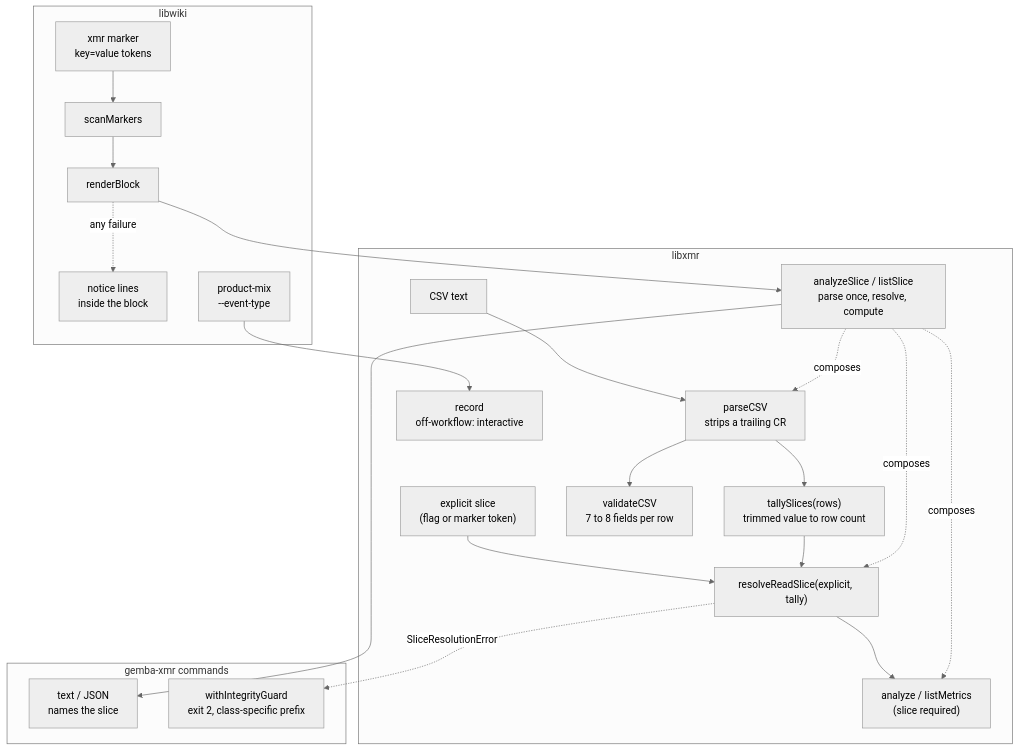
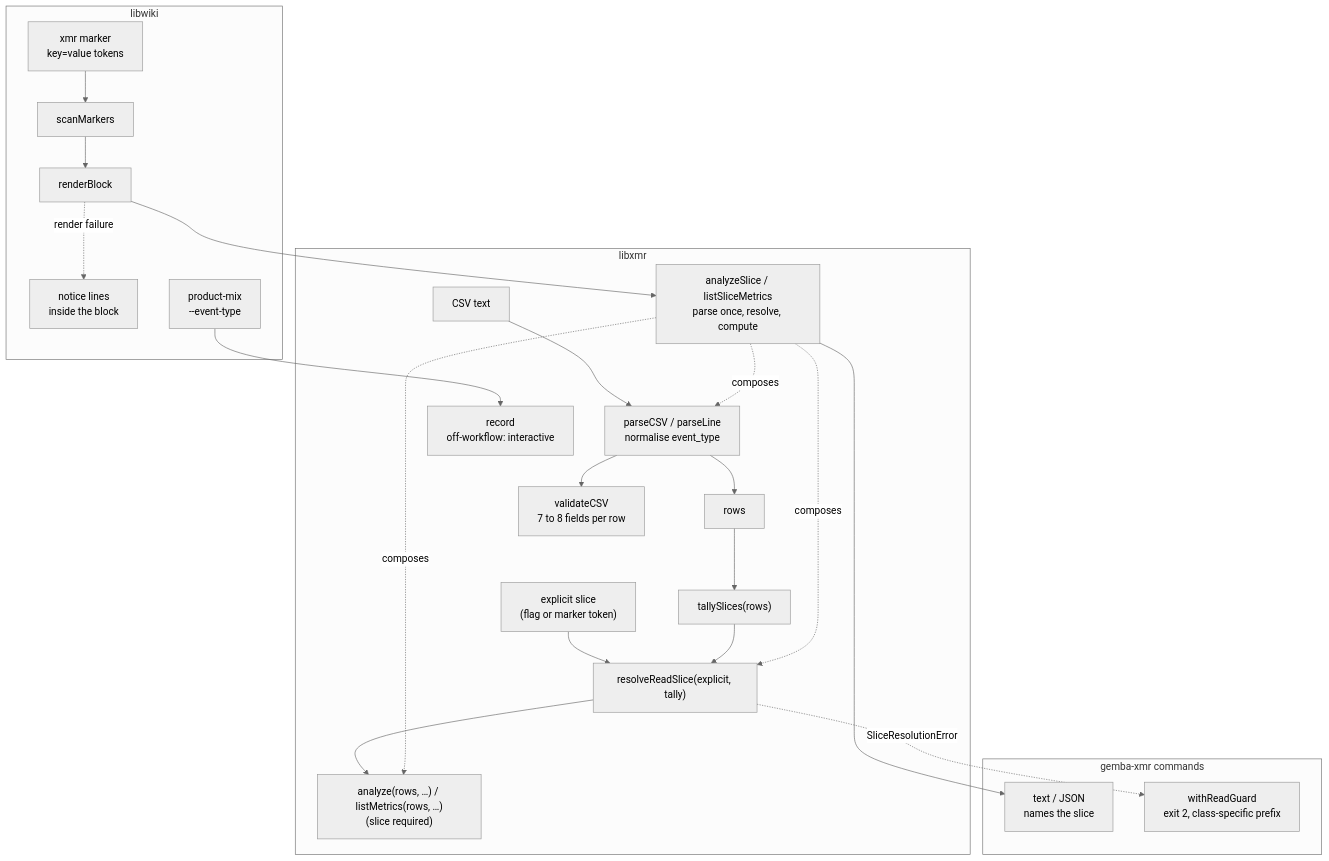
Before and after one commit to forwardimpact/monorepo: the first of 2 diagrams in specs/2370-xmr-slice-contract/design-a.md, drawn with Mermaid (neutral theme). The commit also changed other lines of this file and 1 other file, not shown here.

````diff
--- a/specs/2370-xmr-slice-contract/design-a.md
+++ b/specs/2370-xmr-slice-contract/design-a.md
@@ -9,25 +9,26 @@
 ```mermaid
 graph TD
     subgraph libxmr
-        CSV["CSV text"] --> PARSE["parseCSV<br/>strips a trailing CR"]
-        PARSE --> TALLY["tallySlices(rows)<br/>trimmed value to row count"]
+        CSV["CSV text"] --> PARSE["parseCSV / parseLine<br/>normalise event_type"]
+        PARSE --> ROWS["rows"]
+        ROWS --> TALLY["tallySlices(rows)"]
         EXP["explicit slice<br/>(flag or marker token)"] --> RES["resolveReadSlice(explicit, tally)"]
         TALLY --> RES
-        RES --> AN["analyze / listMetrics<br/>(slice required)"]
-        READ["analyzeSlice / listSlice<br/>parse once, resolve, compute"] -.composes.-> PARSE
+        RES --> AN["analyze(rows, …) / listMetrics(rows, …)<br/>(slice required)"]
+        READ["analyzeSlice / listSliceMetrics<br/>parse once, resolve, compute"] -.composes.-> PARSE
         READ -.composes.-> RES
         READ -.composes.-> AN
         PARSE --> VAL["validateCSV<br/>7 to 8 fields per row"]
         REC["record<br/>off-workflow: interactive"]
     end
     subgraph gemba-xmr commands
         READ --> OUT["text / JSON<br/>names the slice"]
-        RES -. SliceResolutionError .-> GUARD["withIntegrityGuard<br/>exit 2, class-specific prefix"]
+        RES -. SliceResolutionError .-> GUARD["withReadGuard<br/>exit 2, class-specific prefix"]
     end
     subgraph libwiki
         MK["xmr marker<br/>key=value tokens"] --> SCAN["scanMarkers"] --> RB["renderBlock"]
         RB --> READ
-        RB -. any failure .-> NOTE["notice lines<br/>inside the block"]
+        RB -. render failure .-> NOTE["notice lines<br/>inside the block"]
         PM["product-mix<br/>--event-type"] --> REC
     end
 ```
````
